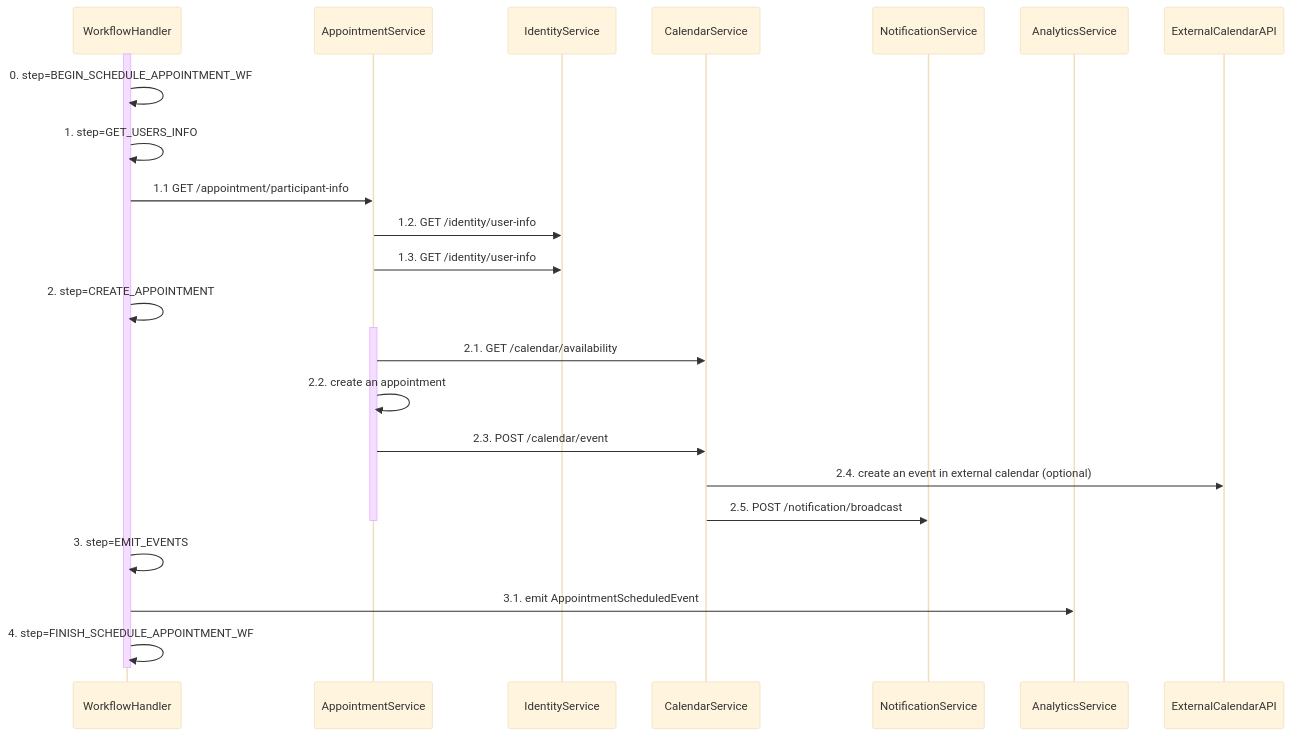
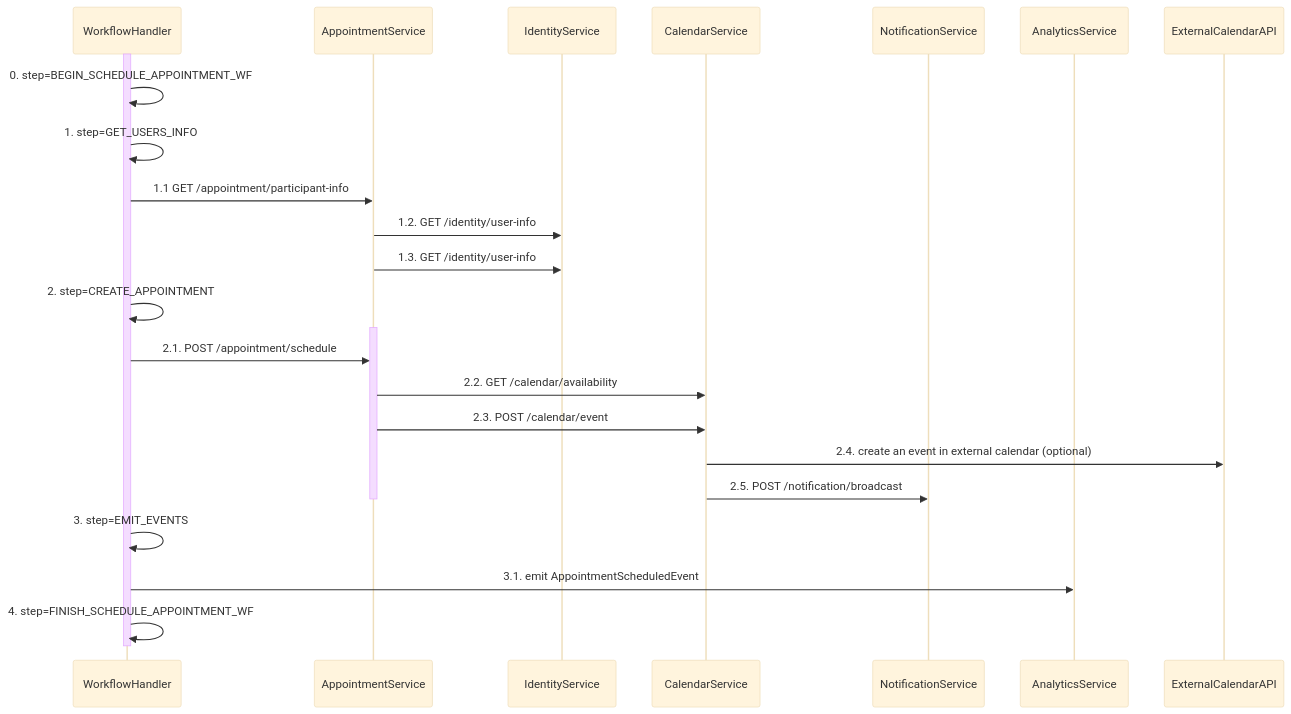
The first of 2 diagrams in docs/architecture/use-cases/appointment.md (abdulawr/Healthcare-Appointment-Scheduling-System), drawn with Mermaid (base theme) before and after one commit. The commit also changed other lines of this file and 2 other files, not shown here.

First line of the commit message:
**docs: add service architecture docs + expand appointment use-case**

````diff
--- a/docs/architecture/use-cases/appointment.md
+++ b/docs/architecture/use-cases/appointment.md
@@ -13,37 +15,37 @@
 ```mermaid
 sequenceDiagram
     participant WorkflowHandler
     participant AppointmentService
     participant IdentityService
     participant CalendarService
     participant NotificationService
     participant AnalyticsService
     participant ExternalCalendarAPI
 
     activate WorkflowHandler
 
     WorkflowHandler->>WorkflowHandler: 0. step=BEGIN_SCHEDULE_APPOINTMENT_WF
 
     WorkflowHandler->>WorkflowHandler: 1. step=GET_USERS_INFO
     WorkflowHandler->>AppointmentService: 1.1 GET /appointment/participant-info
     AppointmentService->>IdentityService: 1.2. GET /identity/user-info
     AppointmentService->>IdentityService: 1.3. GET /identity/user-info
 
     WorkflowHandler->>WorkflowHandler: 2. step=CREATE_APPOINTMENT
 
     activate AppointmentService
-    AppointmentService->>CalendarService: 2.1. GET /calendar/availability
-    AppointmentService->>AppointmentService: 2.2. create an appointment
+    WorkflowHandler->>AppointmentService: 2.1. POST /appointment/schedule
+    AppointmentService->>CalendarService: 2.2. GET /calendar/availability
     AppointmentService->>CalendarService: 2.3. POST /calendar/event
     CalendarService->>ExternalCalendarAPI: 2.4. create an event in external calendar (optional)
     CalendarService->>NotificationService: 2.5. POST /notification/broadcast
     deactivate AppointmentService
 
     WorkflowHandler->>WorkflowHandler: 3. step=EMIT_EVENTS
     WorkflowHandler->>AnalyticsService: 3.1. emit AppointmentScheduledEvent
 
     WorkflowHandler->>WorkflowHandler: 4. step=FINISH_SCHEDULE_APPOINTMENT_WF
     
     deactivate WorkflowHandler
     
 ```
````
